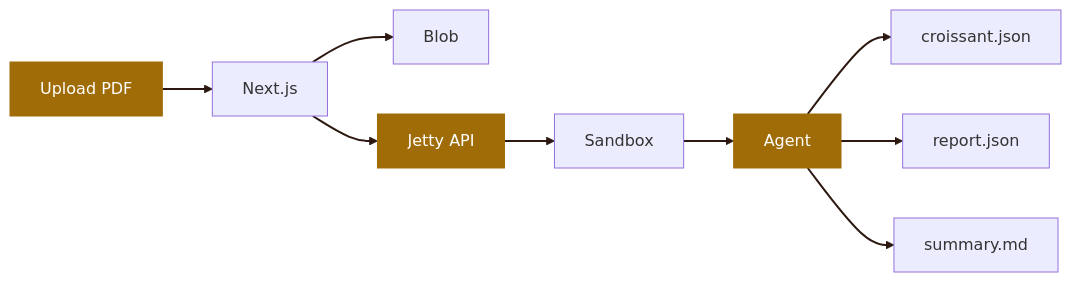
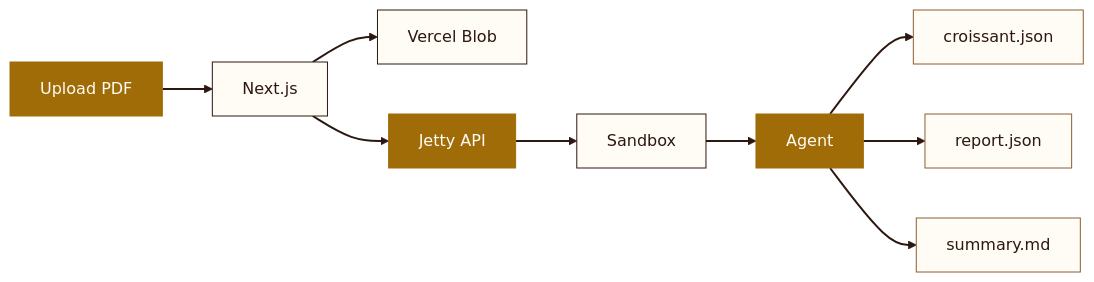
One commit to adewale/slide-maker changed the diagram in generated-decks/pdf2croissant/slides.md. Above: the diagram before and after it, drawn with Mermaid. The commit also changed other lines of this file, not shown here.

First line of the commit message:
Fix cover URL, Mermaid readability, and end slide

````diff
--- a/generated-decks/pdf2croissant/slides.md
+++ b/generated-decks/pdf2croissant/slides.md
@@ -164,15 +164,21 @@
 ```mermaid {theme: 'base', scale: 0.65}
 graph LR
   A["Upload PDF"] --> B["Next.js"]
-  B --> C["Blob"]
+  B --> C["Vercel Blob"]
   B --> D["Jetty API"]
   D --> E["Sandbox"]
   E --> F["Agent"]
   F --> G["croissant.json"]
   F --> H["report.json"]
   F --> I["summary.md"]
-  style A fill:#a06c08,stroke:#a06c08,color:#fff
-  style D fill:#a06c08,stroke:#a06c08,color:#fff
-  style F fill:#a06c08,stroke:#a06c08,color:#fff
+  style A fill:#a06c08,stroke:#a06c08,color:#fffbf5
+  style B fill:#fffbf5,stroke:#2c1810,color:#2c1810
+  style C fill:#fffbf5,stroke:#2c1810,color:#2c1810
+  style D fill:#a06c08,stroke:#a06c08,color:#fffbf5
+  style E fill:#fffbf5,stroke:#2c1810,color:#2c1810
+  style F fill:#a06c08,stroke:#a06c08,color:#fffbf5
+  style G fill:#fffbf5,stroke:#8b5e34,color:#2c1810
+  style H fill:#fffbf5,stroke:#8b5e34,color:#2c1810
+  style I fill:#fffbf5,stroke:#8b5e34,color:#2c1810
   linkStyle default stroke:#2c1810,stroke-width:2px
 ```
````
